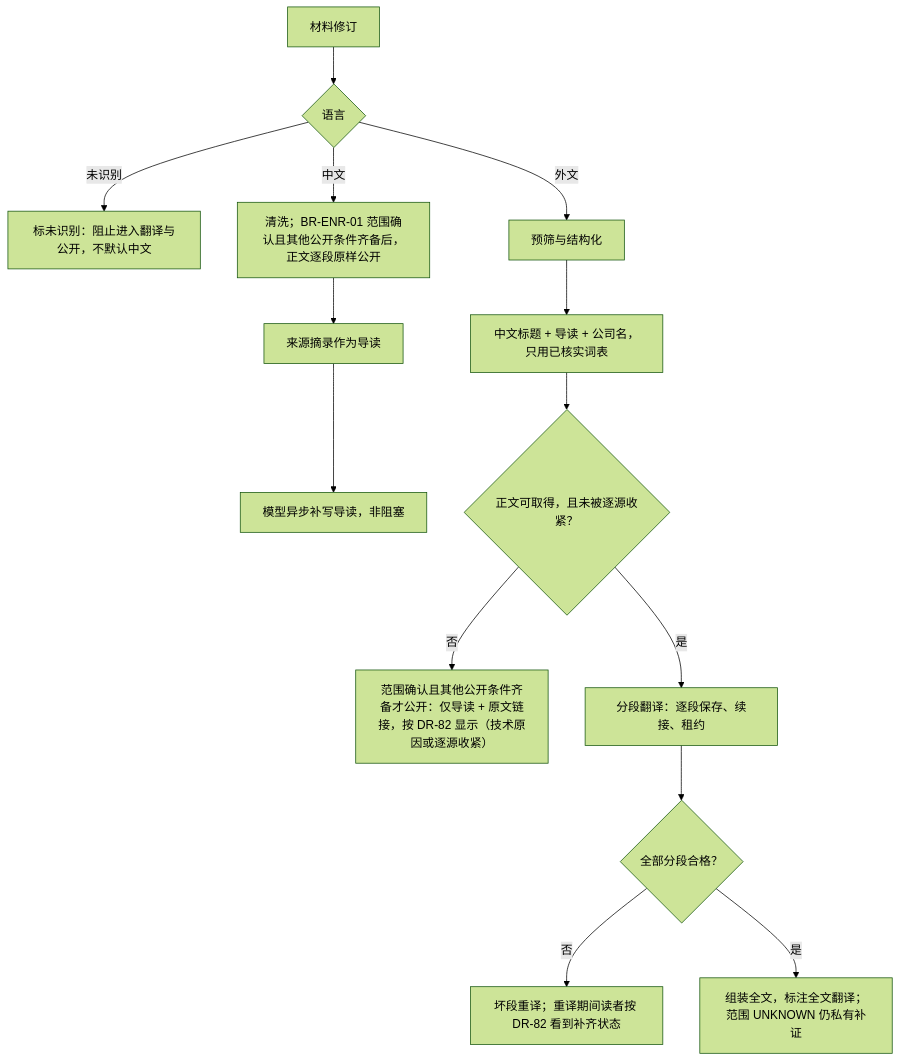
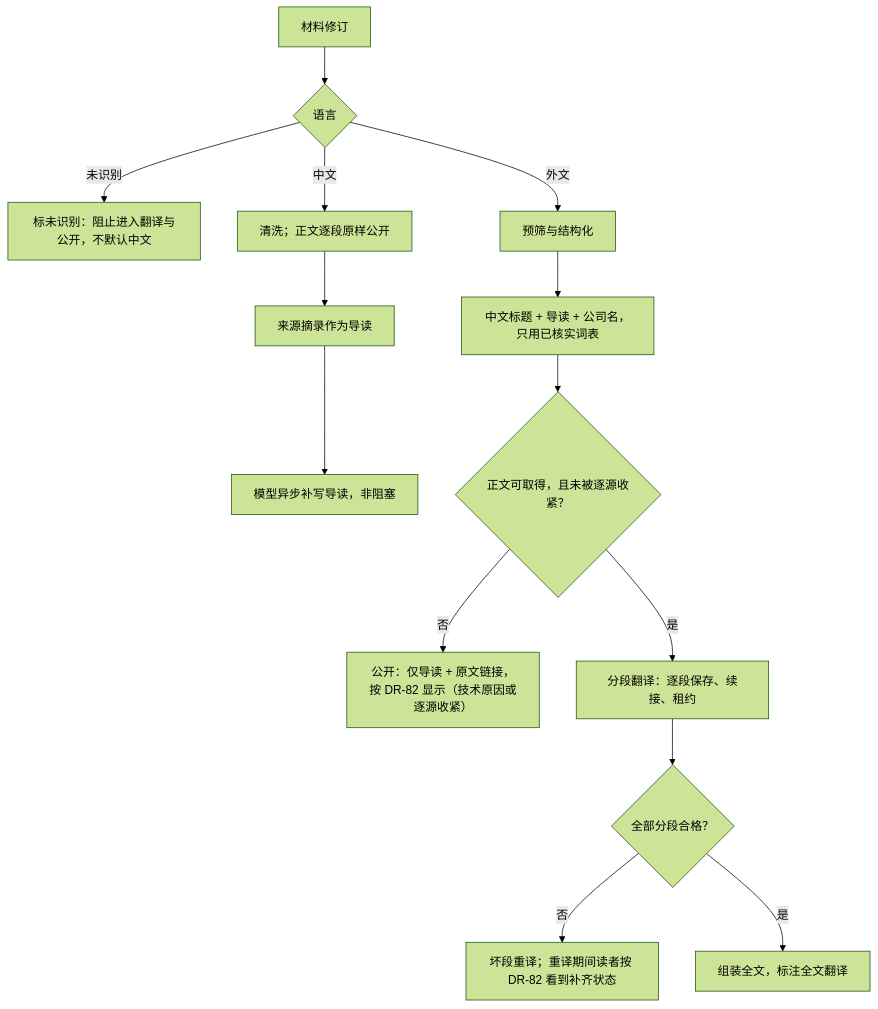
One commit to Crhis-CP/AI-MINE changed the third of 8 diagrams in docs/02-rules/02-core-flows.md. Above: the diagram before and after it, drawn with Mermaid (forest theme). The commit also changed other lines of this file and 16 other files, not shown here.

````diff
--- a/docs/02-rules/02-core-flows.md
+++ b/docs/02-rules/02-core-flows.md
@@ -139,11 +137,11 @@
 ```mermaid
 flowchart TD
   I["材料修订"] --> L{"语言"}
   L -->|未识别| U["标未识别：阻止进入翻译与公开，不默认中文"]
-  L -->|中文| N1["清洗；BR-ENR-01 范围确认且其他公开条件齐备后，正文逐段原样公开"] --> N2["来源摘录作为导读"] --> N3["模型异步补写导读，非阻塞"]
+  L -->|中文| N1["清洗；正文逐段原样公开"] --> N2["来源摘录作为导读"] --> N3["模型异步补写导读，非阻塞"]
   L -->|外文| F1["预筛与结构化"] --> F2["中文标题 + 导读 + 公司名，只用已核实词表"] --> F3{"正文可取得，且未被逐源收紧？"}
-  F3 -->|否| F4["范围确认且其他公开条件齐备才公开：仅导读 + 原文链接，按 DR-82 显示（技术原因或逐源收紧）"]
+  F3 -->|否| F4["公开：仅导读 + 原文链接，按 DR-82 显示（技术原因或逐源收紧）"]
   F3 -->|是| F5["分段翻译：逐段保存、续接、租约"] --> F6{"全部分段合格？"}
   F6 -->|否| F7["坏段重译；重译期间读者按 DR-82 看到补齐状态"]
-  F6 -->|是| F8["组装全文，标注全文翻译；范围 UNKNOWN 仍私有补证"]
+  F6 -->|是| F8["组装全文，标注全文翻译"]
 ```
````
